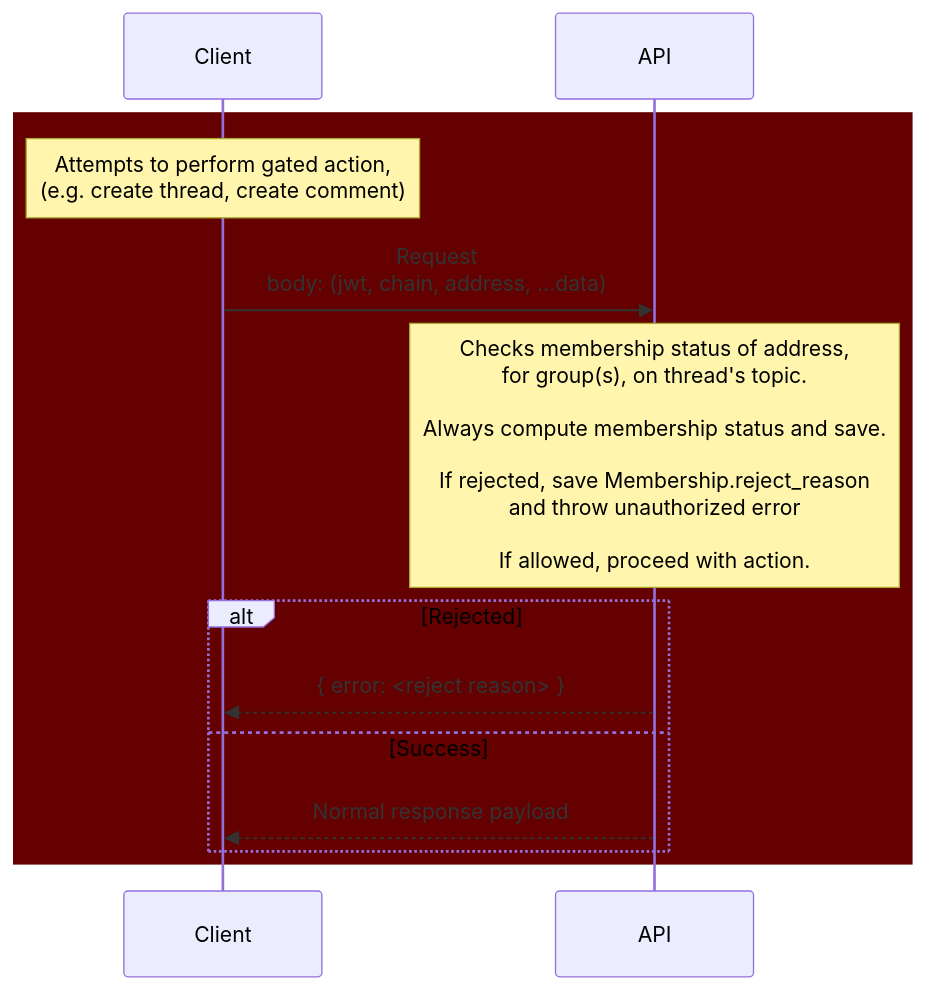
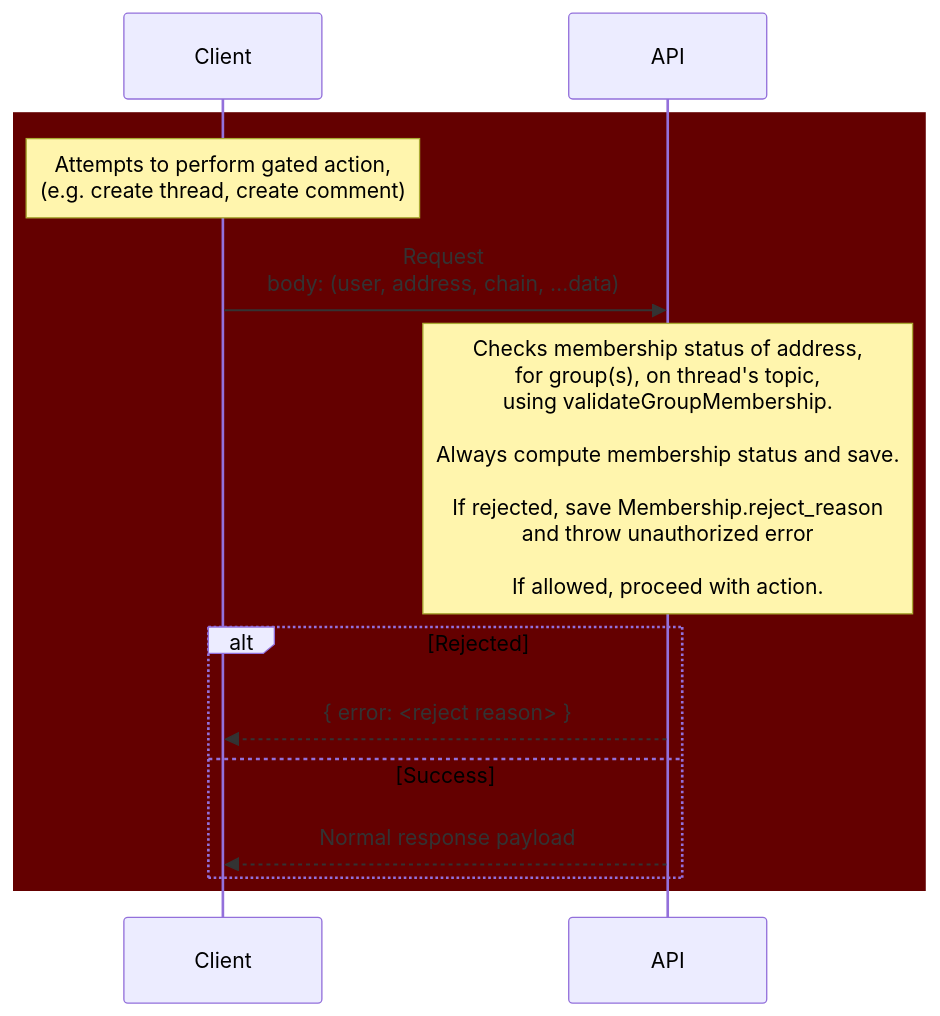
One commit to hicommonwealth/commonwealth changed the second of 5 diagrams in knowledge_base/Groups.md. Above: the diagram before and after it, drawn with Mermaid. The commit also changed other lines of this file, not shown here.

Commit message:
Update minor semantics of payloads and request bodies

````diff
--- a/knowledge_base/Groups.md
+++ b/knowledge_base/Groups.md
@@ -34,19 +34,19 @@
 ```mermaid
 sequenceDiagram
 
   rect rgb(100, 0, 0)
 
   Note over Client: Attempts to perform gated action, <br> (e.g. create thread, create comment)
 
-  Client->>API: Request <br> body: (jwt, chain, address, …data)
+  Client->>API: Request <br> body: (user, address, chain, …data)
 
-  Note over API: Checks membership status of address, <br> for group(s), on thread's topic. <br><br> Always compute membership status and save. <br><br> If rejected, save Membership.reject_reason <br> and throw unauthorized error <br><br> If allowed, proceed with action.
+  Note over API: Checks membership status of address, <br> for group(s), on thread's topic, <br> using validateGroupMembership. <br><br> Always compute membership status and save. <br><br> If rejected, save Membership.reject_reason <br> and throw unauthorized error <br><br> If allowed, proceed with action.
 
    alt Rejected
         API-->>Client: { error: <reject reason> }
     else Success
         API-->>Client: Normal response payload
     end
 
   end
 ```
````
